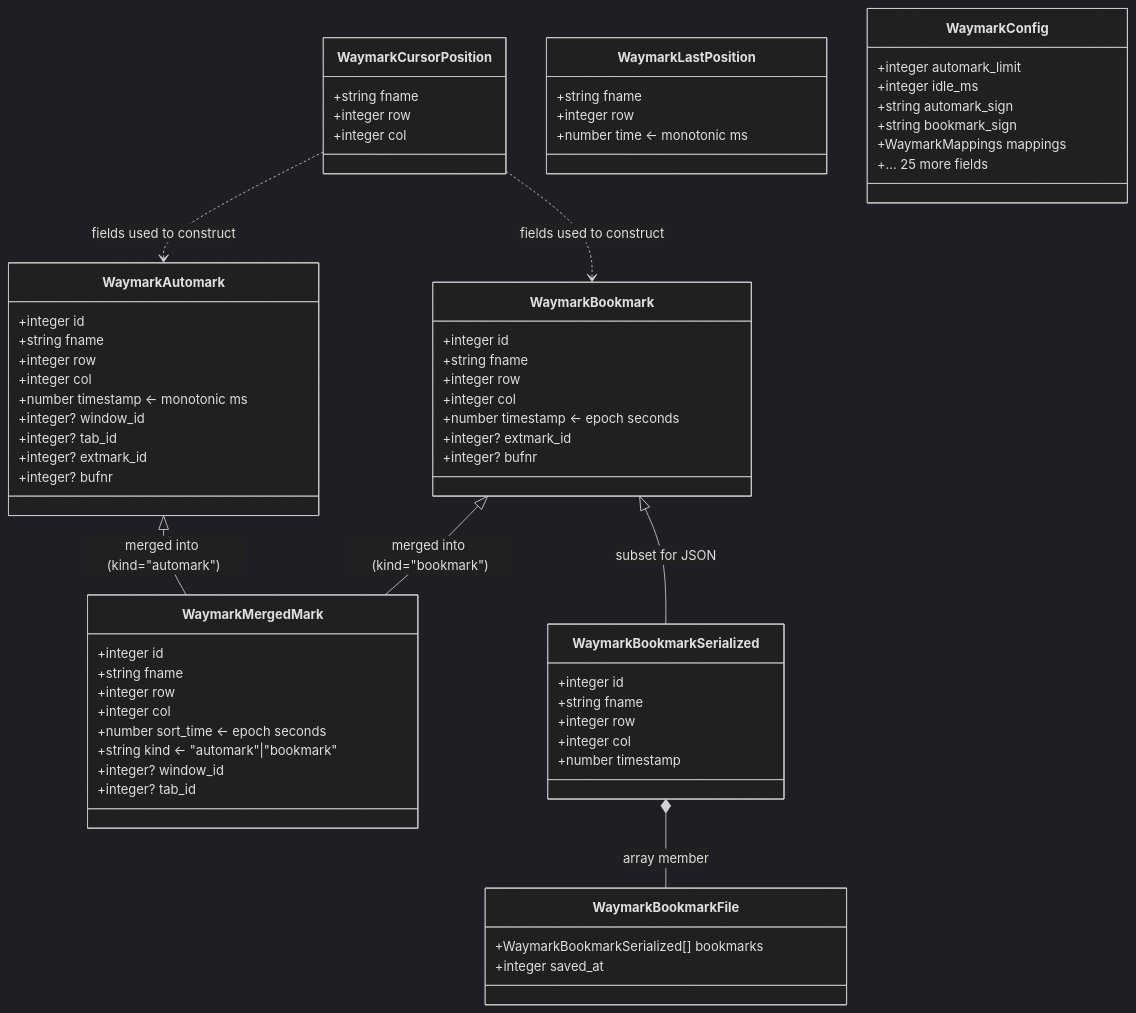
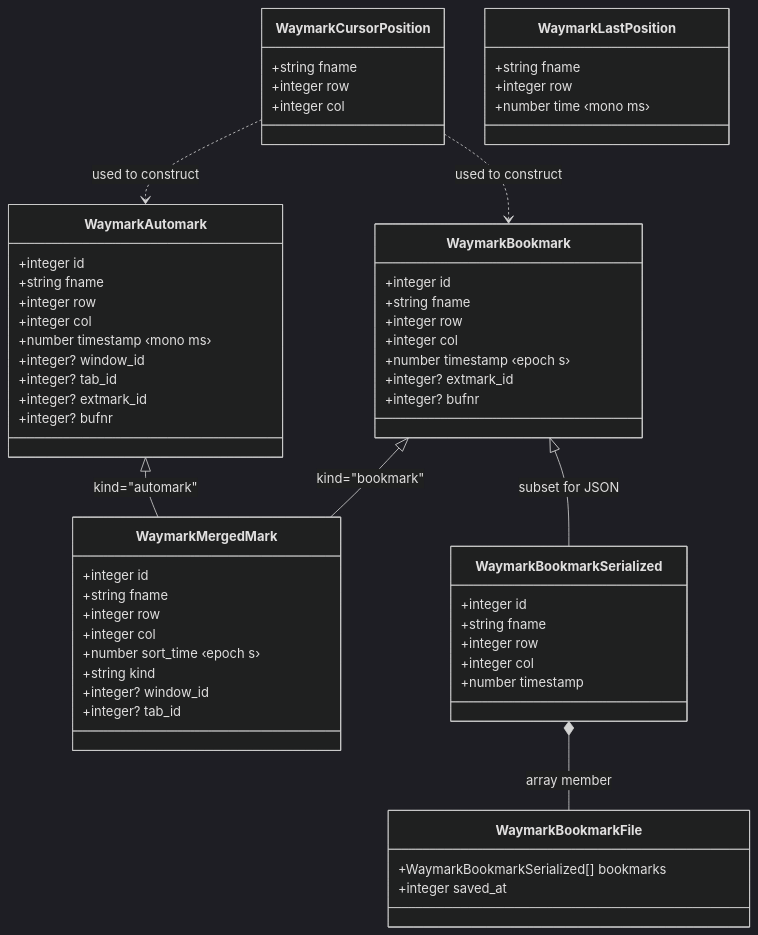
One commit to pablosgraduation/waymark.nvim changed the fifth of 5 diagrams in ARCHITECTURE.md. Above: the diagram before and after it, drawn with Mermaid (dark theme). The commit also changed other lines of this file, not shown here.

Commit message:
architecture md

````diff
--- a/ARCHITECTURE.md
+++ b/ARCHITECTURE.md
@@ -455,76 +269,67 @@
 ```mermaid
 classDiagram
     class WaymarkAutomark {
         +integer id
         +string fname
         +integer row
         +integer col
-        +number timestamp  ← monotonic ms
+        +number timestamp ‹mono ms›
         +integer? window_id
         +integer? tab_id
         +integer? extmark_id
         +integer? bufnr
     }
 
     class WaymarkBookmark {
         +integer id
         +string fname
         +integer row
         +integer col
-        +number timestamp  ← epoch seconds
+        +number timestamp ‹epoch s›
         +integer? extmark_id
         +integer? bufnr
     }
 
     class WaymarkMergedMark {
         +integer id
         +string fname
         +integer row
         +integer col
-        +number sort_time  ← epoch seconds
-        +string kind  ← "automark"|"bookmark"
+        +number sort_time ‹epoch s›
+        +string kind
         +integer? window_id
         +integer? tab_id
     }
 
     class WaymarkCursorPosition {
         +string fname
         +integer row
         +integer col
     }
 
     class WaymarkLastPosition {
         +string fname
         +integer row
-        +number time  ← monotonic ms
+        +number time ‹mono ms›
     }
 
     class WaymarkBookmarkSerialized {
         +integer id
         +string fname
         +integer row
         +integer col
         +number timestamp
     }
 
     class WaymarkBookmarkFile {
         +WaymarkBookmarkSerialized[] bookmarks
         +integer saved_at
     }
 
-    class WaymarkConfig {
-        +integer automark_limit
-        +integer idle_ms
-        +string automark_sign
-        +string bookmark_sign
-        +WaymarkMappings mappings
-        +... 25 more fields
-    }
-
-    WaymarkAutomark <|-- WaymarkMergedMark : merged into (kind="automark")
-    WaymarkBookmark <|-- WaymarkMergedMark : merged into (kind="bookmark")
+    WaymarkAutomark <|-- WaymarkMergedMark : kind="automark"
+    WaymarkBookmark <|-- WaymarkMergedMark : kind="bookmark"
     WaymarkBookmark <|-- WaymarkBookmarkSerialized : subset for JSON
     WaymarkBookmarkSerialized *-- WaymarkBookmarkFile : array member
-    WaymarkCursorPosition ..> WaymarkAutomark : fields used to construct
-    WaymarkCursorPosition ..> WaymarkBookmark : fields used to construct
+    WaymarkCursorPosition ..> WaymarkAutomark : used to construct
+    WaymarkCursorPosition ..> WaymarkBookmark : used to construct
 ```
````
